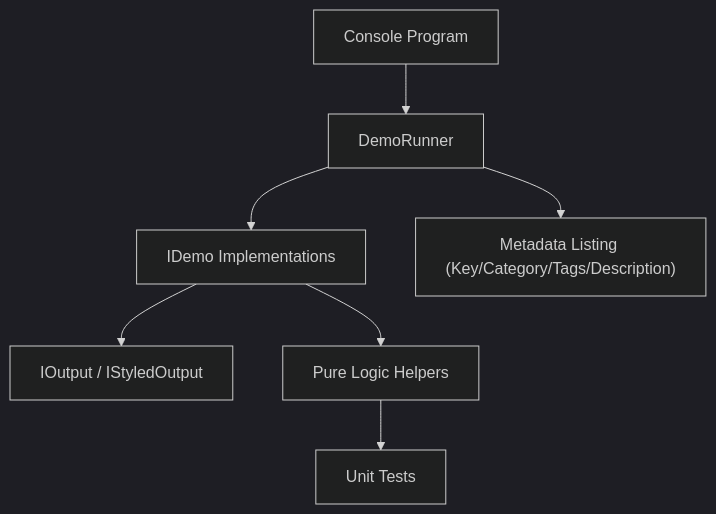
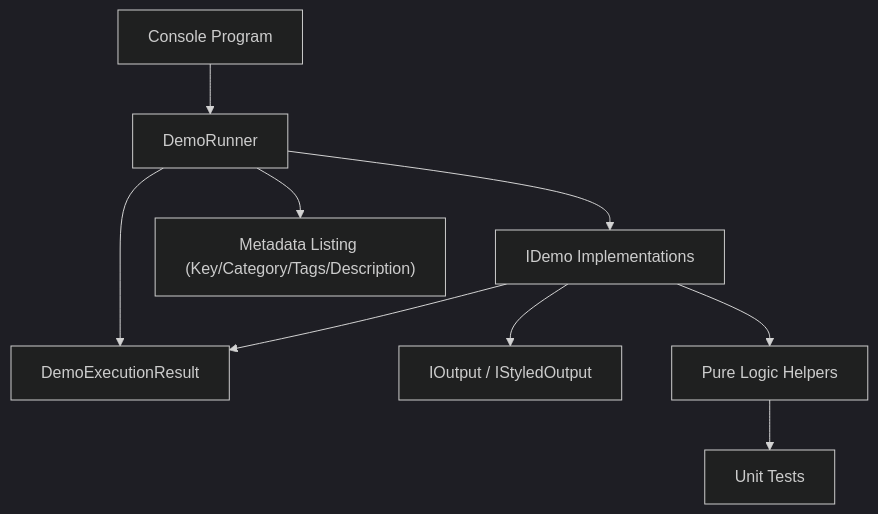
One commit to scpeterson/Scott.FunctionalProgrammingTriads changed the diagram in docs/architecture/diagrams/system-overview.md. Above: the diagram before and after it, drawn with Mermaid (dark theme). The commit also changed 114 other files, not shown here.

````diff
--- a/docs/architecture/diagrams/system-overview.md
+++ b/docs/architecture/diagrams/system-overview.md
@@ -3,9 +3,11 @@
 ```mermaid
 flowchart TD
   Program["Console Program"] --> Runner["DemoRunner"]
   Runner --> Demos["IDemo Implementations"]
+  Demos --> Result["DemoExecutionResult"]
   Demos --> Output["IOutput / IStyledOutput"]
+  Runner --> Result
   Runner --> List["Metadata Listing (Key/Category/Tags/Description)"]
   Demos --> Helpers["Pure Logic Helpers"]
   Helpers --> Tests["Unit Tests"]
 ```
````
